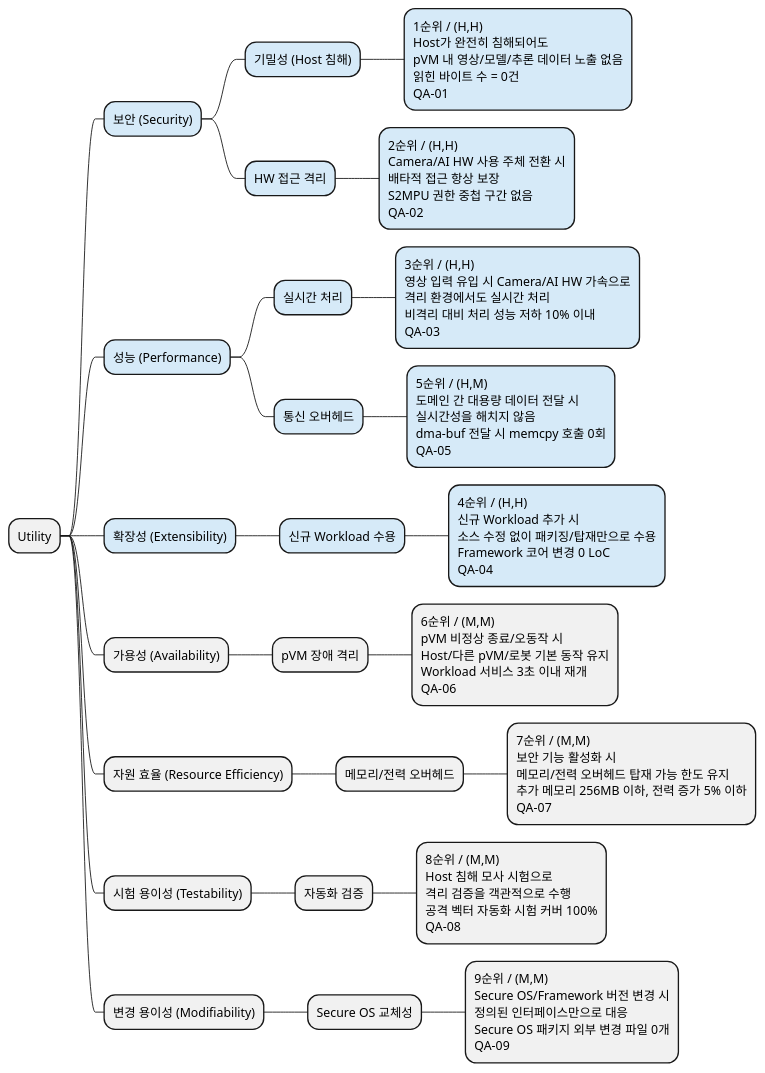
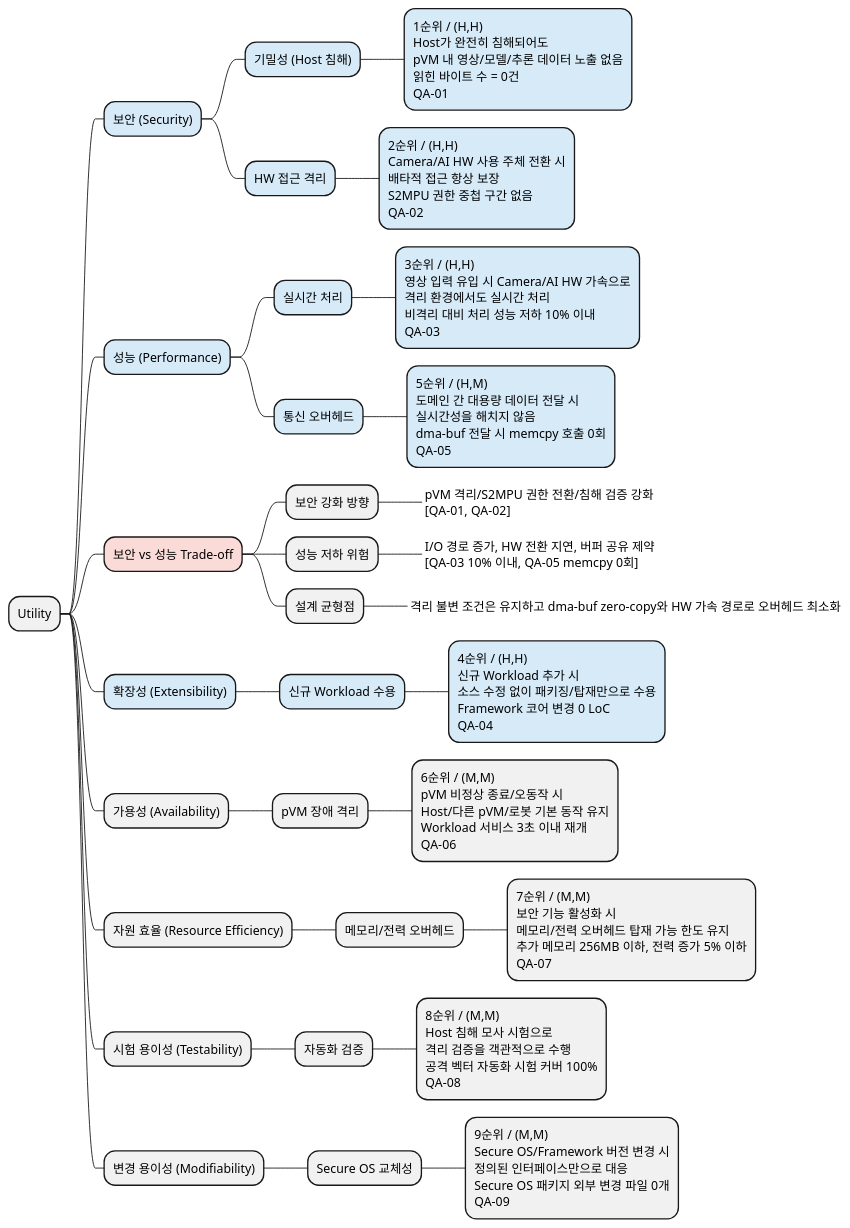
Before and after one commit to boram1288/test-p: the diagram in docs/03_utility_tree.md, drawn with PlantUML.

Commit message:
docs: show security performance tradeoff

````diff
--- a/docs/03_utility_tree.md
+++ b/docs/03_utility_tree.md
@@ -24,30 +24,37 @@
 ```plantuml
 @startmindmap
 * Utility
 **[#D6EAF8] 보안 (Security)
 ***[#D6EAF8] 기밀성 (Host 침해)
 ****[#D6EAF8] 1순위 / (H,H)\nHost가 완전히 침해되어도\npVM 내 영상/모델/추론 데이터 노출 없음\n읽힌 바이트 수 = 0건\nQA-01
 ***[#D6EAF8] HW 접근 격리
 ****[#D6EAF8] 2순위 / (H,H)\nCamera/AI HW 사용 주체 전환 시\n배타적 접근 항상 보장\nS2MPU 권한 중첩 구간 없음\nQA-02
 **[#D6EAF8] 성능 (Performance)
 ***[#D6EAF8] 실시간 처리
 ****[#D6EAF8] 3순위 / (H,H)\n영상 입력 유입 시 Camera/AI HW 가속으로\n격리 환경에서도 실시간 처리\n비격리 대비 처리 성능 저하 10% 이내\nQA-03
 ***[#D6EAF8] 통신 오버헤드
 ****[#D6EAF8] 5순위 / (H,M)\n도메인 간 대용량 데이터 전달 시\n실시간성을 해치지 않음\ndma-buf 전달 시 memcpy 호출 0회\nQA-05
+**[#FADBD8] 보안 vs 성능 Trade-off
+*** 보안 강화 방향
+****_ pVM 격리/S2MPU 권한 전환/침해 검증 강화\n[QA-01, QA-02]
+*** 성능 저하 위험
+****_ I/O 경로 증가, HW 전환 지연, 버퍼 공유 제약\n[QA-03 10% 이내, QA-05 memcpy 0회]
+*** 설계 균형점
+****_ 격리 불변 조건은 유지하고 dma-buf zero-copy와 HW 가속 경로로 오버헤드 최소화
 **[#D6EAF8] 확장성 (Extensibility)
 ***[#D6EAF8] 신규 Workload 수용
 ****[#D6EAF8] 4순위 / (H,H)\n신규 Workload 추가 시\n소스 수정 없이 패키징/탑재만으로 수용\nFramework 코어 변경 0 LoC\nQA-04
 ** 가용성 (Availability)
 *** pVM 장애 격리
 **** 6순위 / (M,M)\npVM 비정상 종료/오동작 시\nHost/다른 pVM/로봇 기본 동작 유지\nWorkload 서비스 3초 이내 재개\nQA-06
 ** 자원 효율 (Resource Efficiency)
 *** 메모리/전력 오버헤드
 **** 7순위 / (M,M)\n보안 기능 활성화 시\n메모리/전력 오버헤드 탑재 가능 한도 유지\n추가 메모리 256MB 이하, 전력 증가 5% 이하\nQA-07
 ** 시험 용이성 (Testability)
 *** 자동화 검증
 **** 8순위 / (M,M)\nHost 침해 모사 시험으로\n격리 검증을 객관적으로 수행\n공격 벡터 자동화 시험 커버 100%\nQA-08
 ** 변경 용이성 (Modifiability)
 *** Secure OS 교체성
 **** 9순위 / (M,M)\nSecure OS/Framework 버전 변경 시\n정의된 인터페이스만으로 대응\nSecure OS 패키지 외부 변경 파일 0개\nQA-09
 @endmindmap
 ```
````
